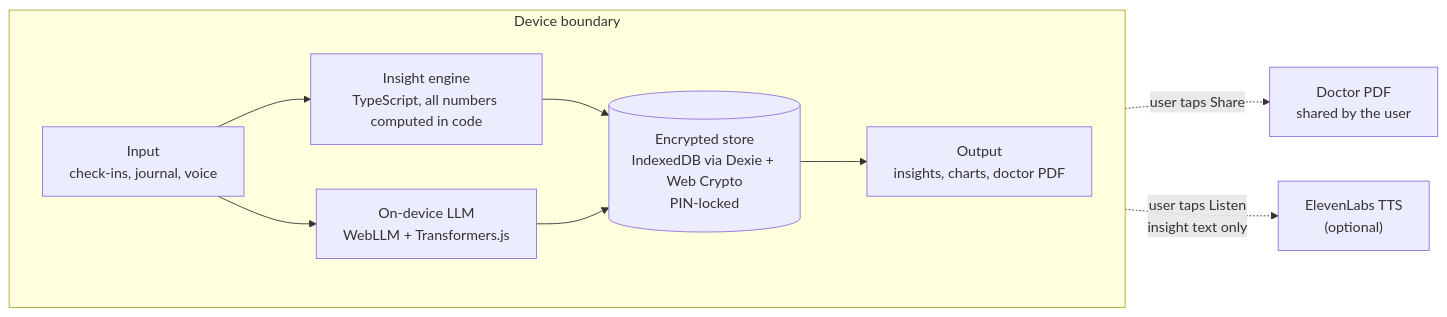
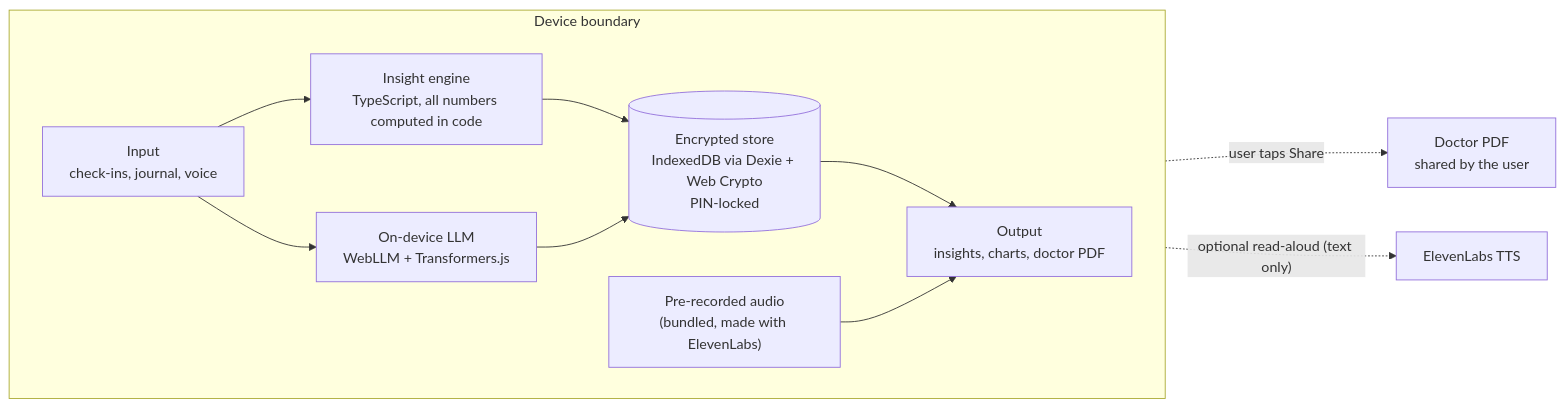
One commit to SuhasM1014/Ishtar changed the diagram in docs/04-architecture.md. Above: the diagram before and after it, drawn with Mermaid. The commit also changed other lines of this file and 7 other files, not shown here.

Commit message:
Add ElevenLabs voice features and sync docs with pitch deck

````diff
--- a/docs/04-architecture.md
+++ b/docs/04-architecture.md
@@ -7,20 +7,22 @@
 ```mermaid
 flowchart LR
     subgraph Device["Device boundary"]
         direction LR
         IN["Input<br/>check-ins, journal, voice"]
         IE["Insight engine<br/>TypeScript, all numbers computed in code"]
         LLM["On-device LLM<br/>WebLLM + Transformers.js"]
         ST[("Encrypted store<br/>IndexedDB via Dexie + Web Crypto<br/>PIN-locked")]
+        AU["Pre-recorded audio<br/>(bundled, made with ElevenLabs)"]
         OUT["Output<br/>insights, charts, doctor PDF"]
 
         IN --> IE
         IN --> LLM
         IE --> ST
         LLM --> ST
         ST --> OUT
+        AU --> OUT
     end
 
     OUT -. "user taps Share" .-> PDF["Doctor PDF<br/>shared by the user"]
-    OUT -. "user taps Listen<br/>insight text only" .-> EL["ElevenLabs TTS<br/>(optional)"]
+    OUT -. "optional read-aloud (text only)" .-> EL["ElevenLabs TTS"]
 ```
````
